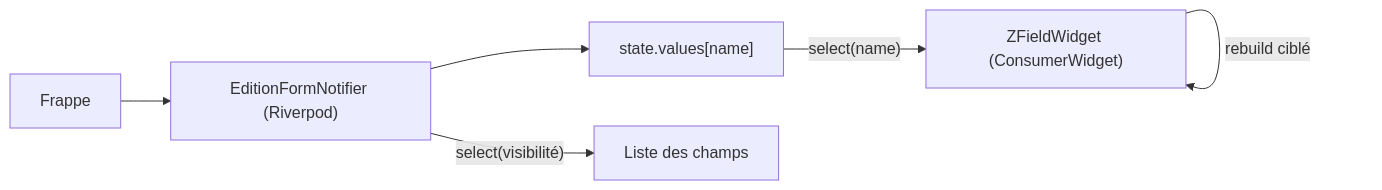
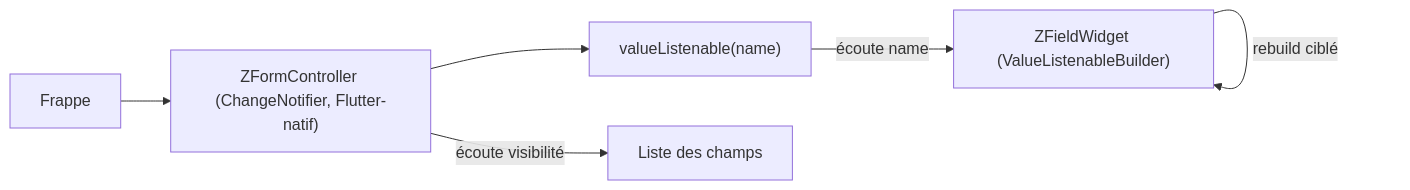
Before and after one commit to zakarius-dev/zcrud: the third of 3 diagrams in _bmad-output/planning-artifacts/architecture/architecture-zcrud-2026-07-09/architecture.md, drawn with Mermaid. The commit also changed other lines of this file and 5 other files, not shown here.

````diff
--- a/_bmad-output/planning-artifacts/architecture/architecture-zcrud-2026-07-09/architecture.md
+++ b/_bmad-output/planning-artifacts/architecture/architecture-zcrud-2026-07-09/architecture.md
@@ -218,8 +218,8 @@
 ```mermaid
 graph LR
-  U[Frappe] --> N["EditionFormNotifier (Riverpod)"]
-  N --> S["state.values[name]"]
-  S -->|"select(name)"| W["ZFieldWidget (ConsumerWidget)"]
+  U[Frappe] --> N["ZFormController (ChangeNotifier, Flutter-natif)"]
+  N --> S["valueListenable(name)"]
+  S -->|"écoute name"| W["ZFieldWidget (ValueListenableBuilder)"]
   W -->|"rebuild ciblé"| W
-  N -->|"select(visibilité)"| L["Liste des champs"]
+  N -->|"écoute visibilité"| L["Liste des champs"]
 ```
````
